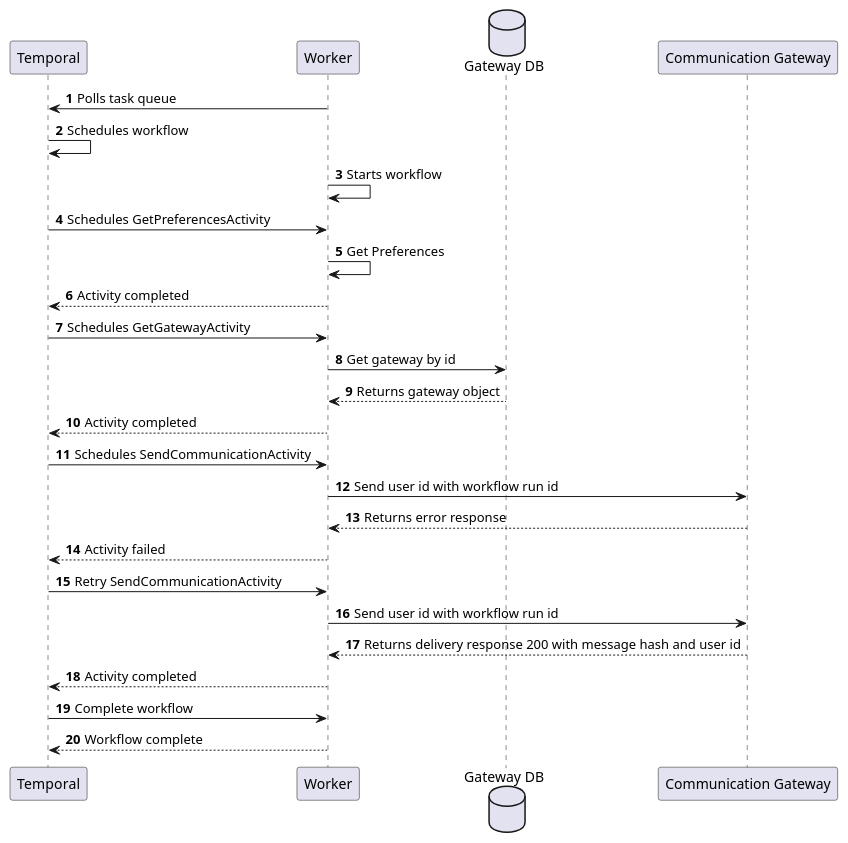
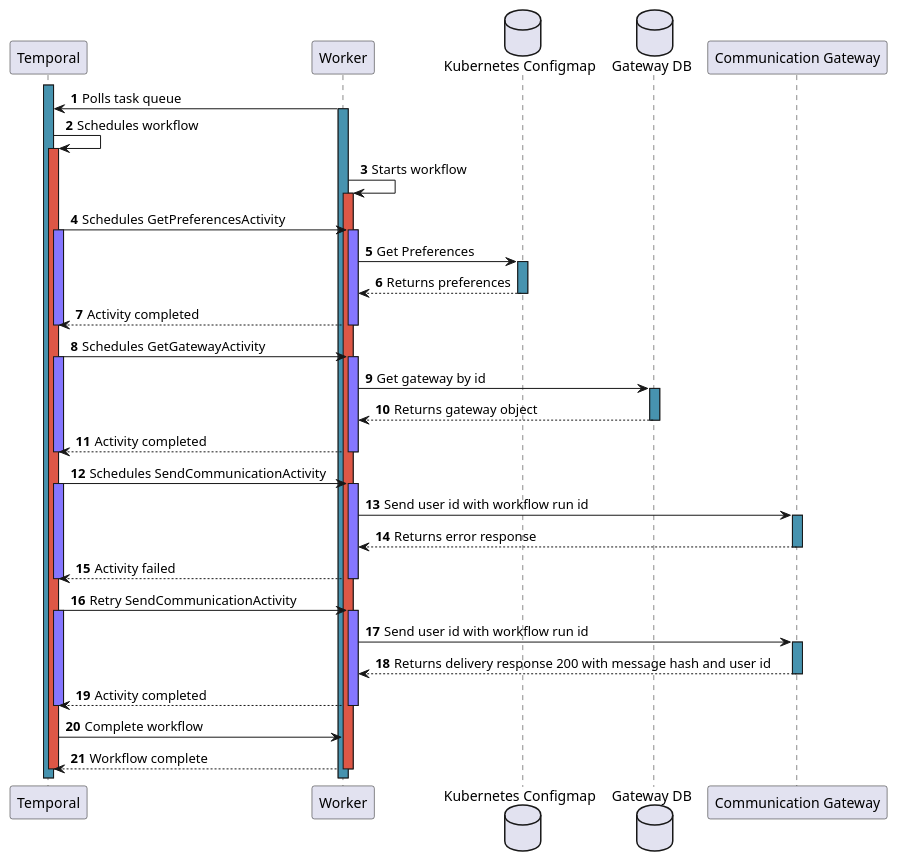
One commit to CameronWard301/communication_scheduler changed the diagram in Designs/Sequence Diagrams/SendCommunicationHandleError.puml. Above: the diagram before and after it, drawn with PlantUML. The commit also changed 184 other files, not shown here.

```diff
--- a/Designs/Sequence Diagrams/SendCommunicationHandleError.puml
+++ b/Designs/Sequence Diagrams/SendCommunicationHandleError.puml
@@ -1,31 +1,72 @@
 @startuml Create New Workflow
 
 participant "Temporal" as temporal
 participant "Worker" as worker
+database "Kubernetes Configmap" as configmap
 database "Gateway DB" as gwdb
 
 participant "Communication Gateway" as cgw
 
 autonumber
+activate temporal #4793AF
+worker -> temporal: Polls task queue
+activate worker #4793AF
+temporal -> temporal: Schedules workflow
+activate temporal #DD5746
 
-worker -> temporal: Polls task queue
-temporal -> temporal: Schedules workflow
 worker -> worker: Starts workflow
+activate worker #DD5746
 temporal -> worker: Schedules GetPreferencesActivity
-worker -> worker: Get Preferences
+activate temporal #8576FF
+activate worker #8576FF
+
+worker -> configmap: Get Preferences
+activate configmap #4793AF
+configmap --> worker: Returns preferences
+deactivate configmap
+
 worker --> temporal: Activity completed
+deactivate worker
+deactivate temporal
+
 temporal -> worker: Schedules GetGatewayActivity
+activate temporal #8576FF
+activate worker #8576FF
 worker -> gwdb: Get gateway by id
+activate gwdb #4793AF
+
 gwdb --> worker: Returns gateway object
+deactivate gwdb
+
 worker --> temporal: Activity completed
+deactivate worker
+deactivate temporal
+
 temporal -> worker: Schedules SendCommunicationActivity
+activate temporal #8576FF
+activate worker #8576FF
 worker -> cgw: Send user id with workflow run id
+activate cgw #4793AF
 cgw --> worker: Returns error response
+deactivate cgw
+
 worker --> temporal: Activity failed
+deactivate temporal
+deactivate worker
+
 temporal -> worker: Retry SendCommunicationActivity
+activate temporal #8576FF
+activate worker #8576FF
 worker -> cgw: Send user id with workflow run id
+activate cgw #4793AF
 cgw --> worker: Returns delivery response 200 with message hash and user id
+deactivate cgw
+
 worker --> temporal: Activity completed
+deactivate worker
+deactivate temporal
 temporal -> worker: Complete workflow
 worker --> temporal: Workflow complete
+deactivate worker
+deactivate temporal
 @enduml
```
